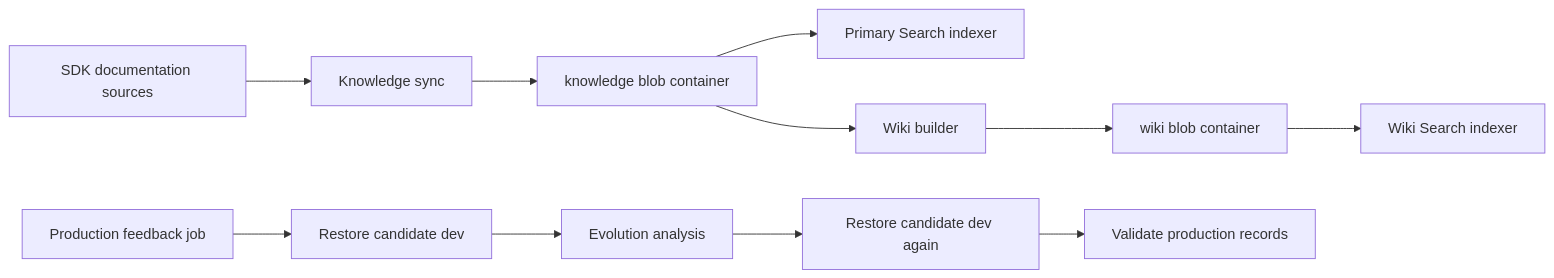
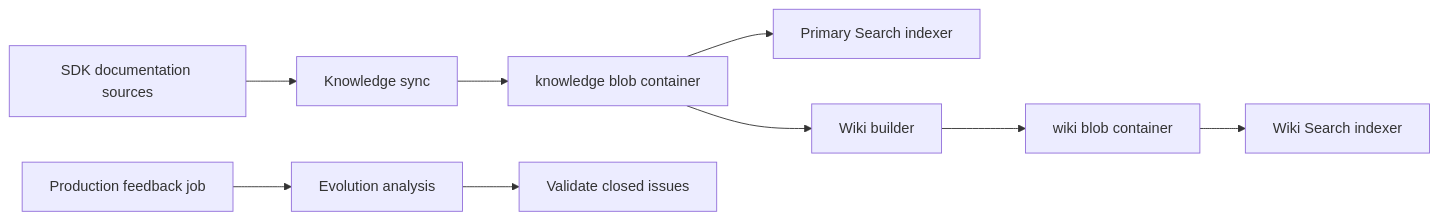
Before and after one commit to Azure/azure-sdk-tools: the third of 3 diagrams in tools/sdk-ai-bots/deployment/docs/deployment-architecture.md, drawn with Mermaid. The commit also changed other lines of this file and 20 other files, not shown here.

````diff
--- a/tools/sdk-ai-bots/deployment/docs/deployment-architecture.md
+++ b/tools/sdk-ai-bots/deployment/docs/deployment-architecture.md
@@ -108,13 +111,11 @@
 ```mermaid
 flowchart LR
     SOURCES[SDK documentation sources] --> SYNC[Knowledge sync]
     SYNC --> KNOWLEDGE[knowledge blob container]
     KNOWLEDGE --> PRIMARY[Primary Search indexer]
     KNOWLEDGE --> WIKI[Wiki builder]
     WIKI --> WIKIBLOB[wiki blob container]
     WIKIBLOB --> WIKIINDEX[Wiki Search indexer]
-    FEEDBACK[Production feedback job] --> RESTORE1[Restore candidate dev]
-    RESTORE1 --> EVOLVE[Evolution analysis]
-    EVOLVE --> RESTORE2[Restore candidate dev again]
-    RESTORE2 --> VALIDATE[Validate production records]
+    FEEDBACK[Production feedback job] --> EVOLVE[Evolution analysis]
+    EVOLVE --> VALIDATE[Validate closed issues]
 ```
````
